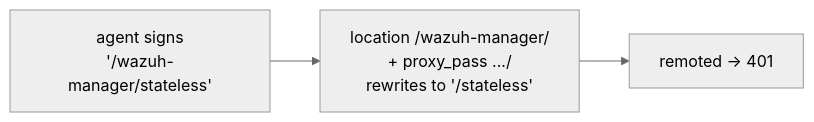
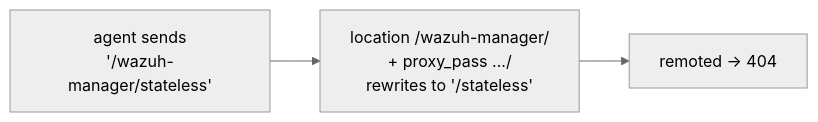
Before and after one commit to wazuh/wazuh: the third of 3 diagrams in docs/ref/modules/remoted/load-balancers/nginx.md, drawn with Mermaid (neutral theme). The commit also changed other lines of this file and 31 other files, not shown here.

First line of the commit message:
docs(remoted): document the wazuh-agent+jwt / wazuh-enroll+jwt bearer profiles (#38582)

````diff
--- a/docs/ref/modules/remoted/load-balancers/nginx.md
+++ b/docs/ref/modules/remoted/load-balancers/nginx.md
@@ -188,4 +188,4 @@
 ```mermaid
 flowchart LR
-    A["agent signs<br/>'/wazuh-manager/stateless'"] --> N["location /wazuh-manager/<br/>+ proxy_pass .../<br/>rewrites to '/stateless'"] --> R["remoted → 401"]
+    A["agent sends<br/>'/wazuh-manager/stateless'"] --> N["location /wazuh-manager/<br/>+ proxy_pass .../<br/>rewrites to '/stateless'"] --> R["remoted → 404"]
 ```
````
